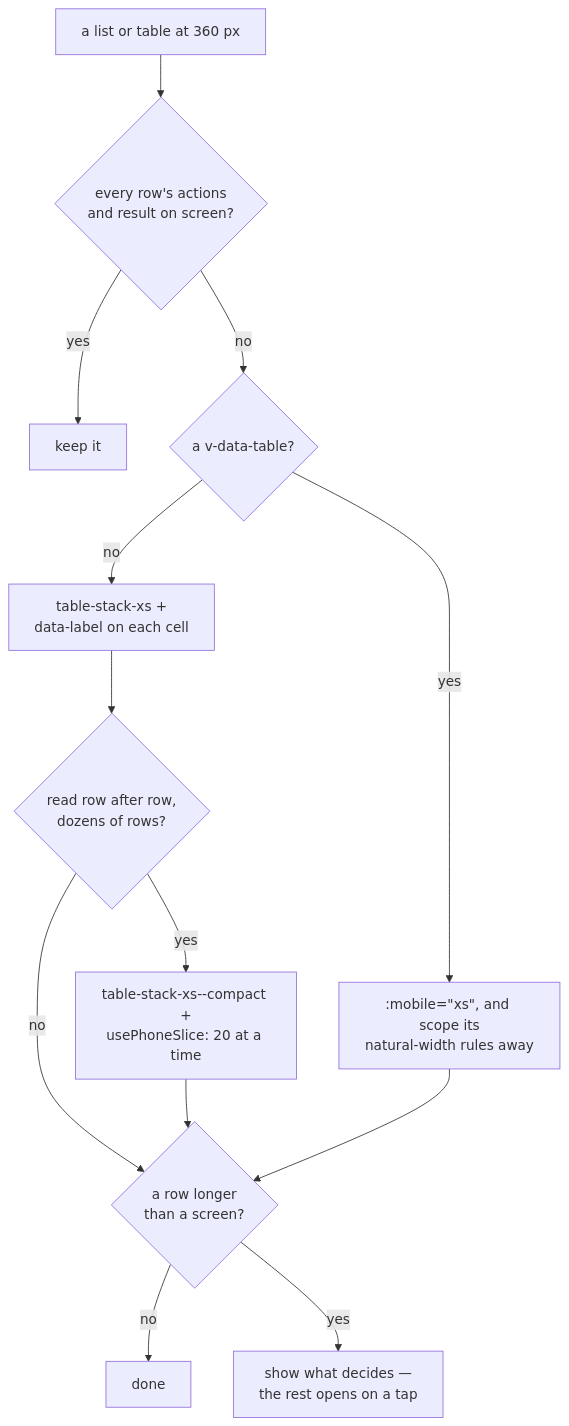
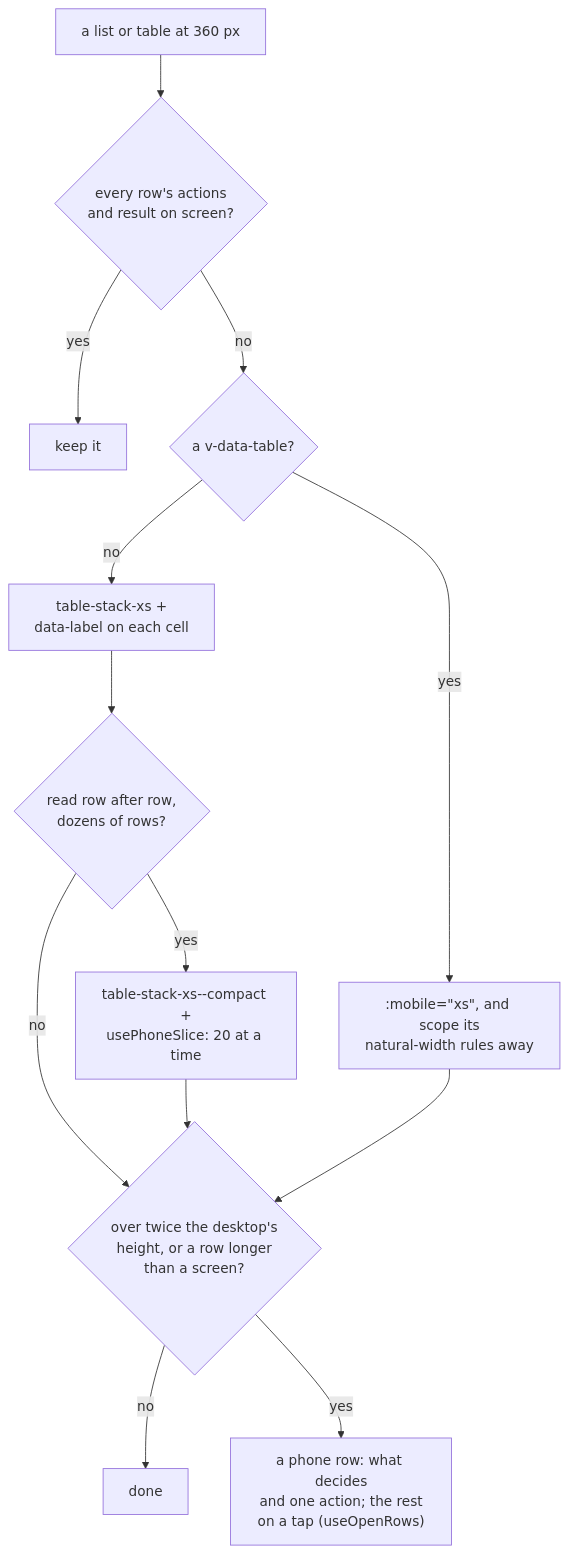
The fifth of 5 diagrams in docs/ui.md (gjovanov/roomler-ai), drawn with Mermaid before and after one commit. The commit also changed other lines of this file and 3 other files, not shown here.

````diff
--- a/docs/ui.md
+++ b/docs/ui.md
@@ -285,15 +295,15 @@
 ```mermaid
 flowchart TD
     T["a list or table at 360 px"] --> Q1{"every row's actions<br/>and result on screen?"}
     Q1 -- yes --> KEEP["keep it"]
     Q1 -- no --> Q2{"a v-data-table?"}
     Q2 -- yes --> MOB[":mobile=&quot;xs&quot;, and scope its<br/>natural-width rules away"]
     Q2 -- no --> STACK["table-stack-xs +<br/>data-label on each cell"]
     STACK --> Q4{"read row after row,<br/>dozens of rows?"}
     Q4 -- yes --> COMPACT["table-stack-xs--compact +<br/>usePhoneSlice: 20 at a time"]
     Q4 -- no --> Q3
     COMPACT --> Q3
-    MOB --> Q3{"a row longer<br/>than a screen?"}
+    MOB --> Q3{"over twice the desktop's<br/>height, or a row longer<br/>than a screen?"}
     Q3 -- no --> DONE["done"]
-    Q3 -- yes --> DEMAND["show what decides —<br/>the rest opens on a tap"]
+    Q3 -- yes --> DEMAND["a phone row: what decides<br/>and one action; the rest<br/>on a tap (useOpenRows)"]
 ```
````
